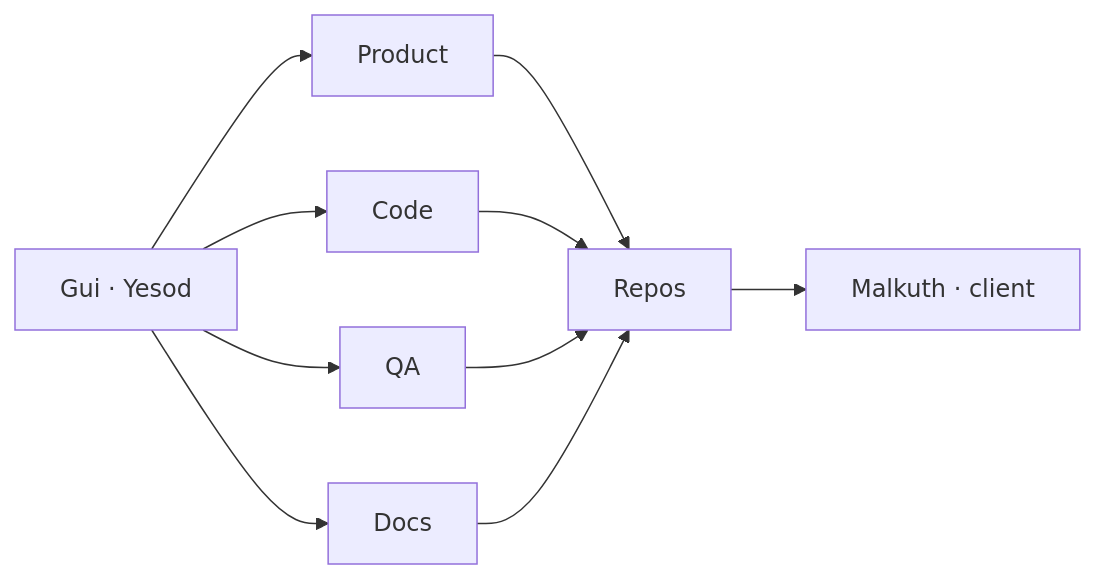
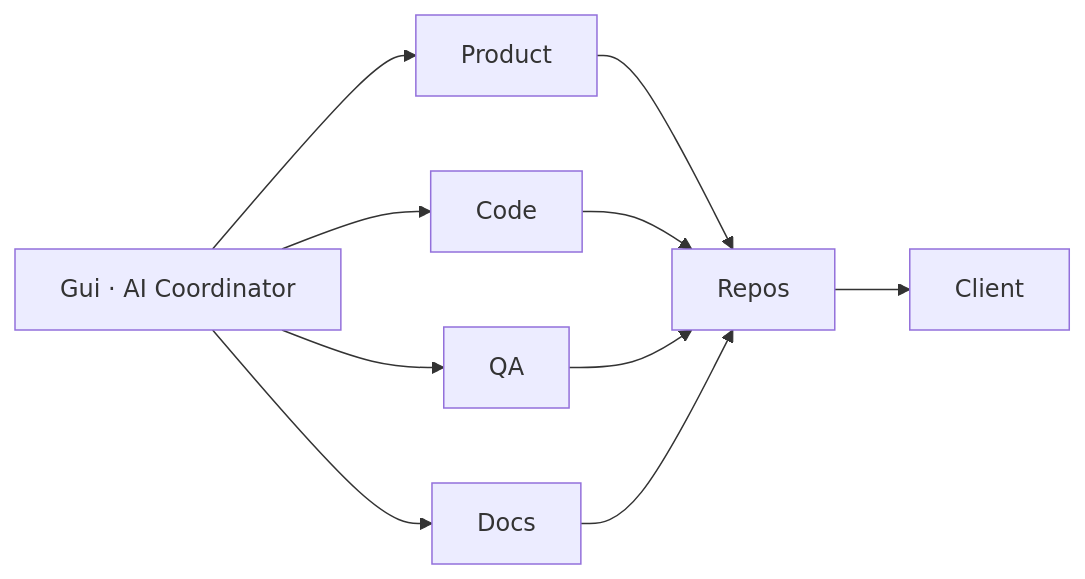
The diagram in README.md (lughlammas/lughlammas), drawn with Mermaid before and after one commit. The commit also changed other lines of this file, not shown here.

Commit message:
identity: AI Coordinator only — remove Kabbalah/Yesod from public face

````diff
--- a/README.md
+++ b/README.md
@@ -73,12 +72,12 @@
 ```mermaid
 flowchart LR
-  C[Gui · Yesod] --> P[Product]
+  C[Gui · AI Coordinator] --> P[Product]
   C --> D[Code]
   C --> Q[QA]
   C --> Doc[Docs]
   P --> R[Repos]
   D --> R
   Q --> R
   Doc --> R
-  R --> M[Malkuth · client]
+  R --> M[Client]
 ```
````
